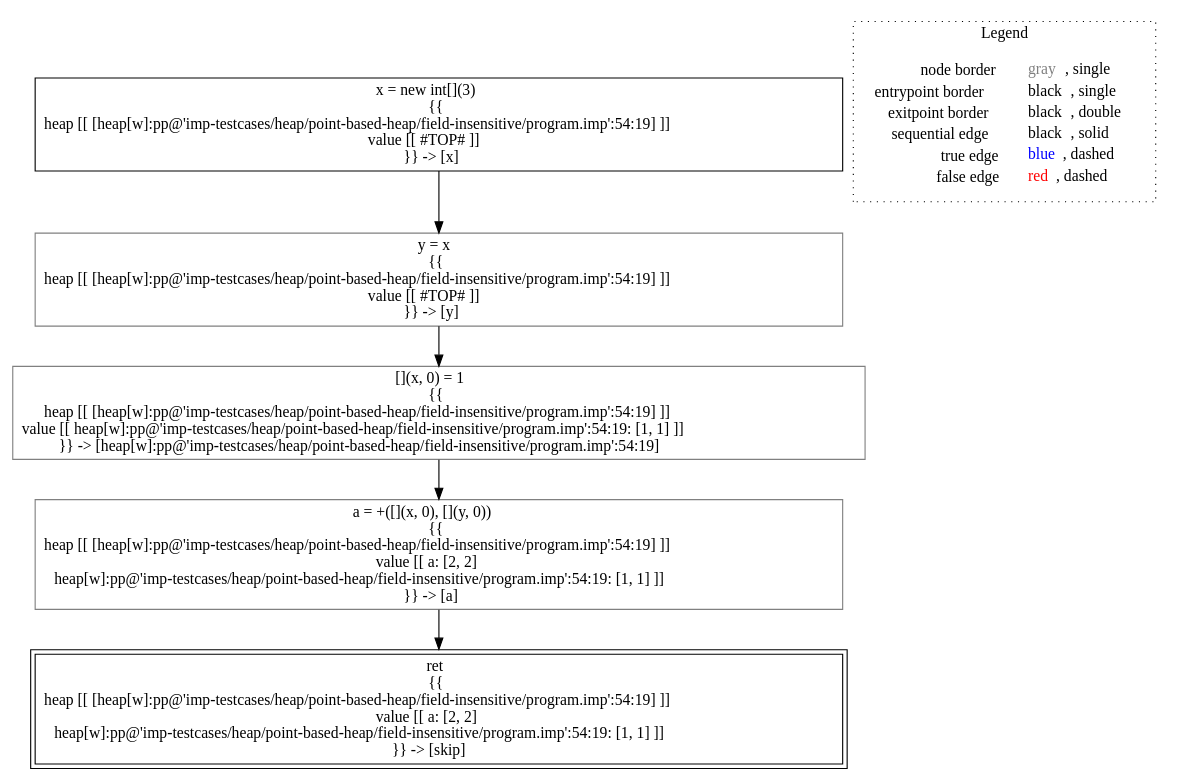
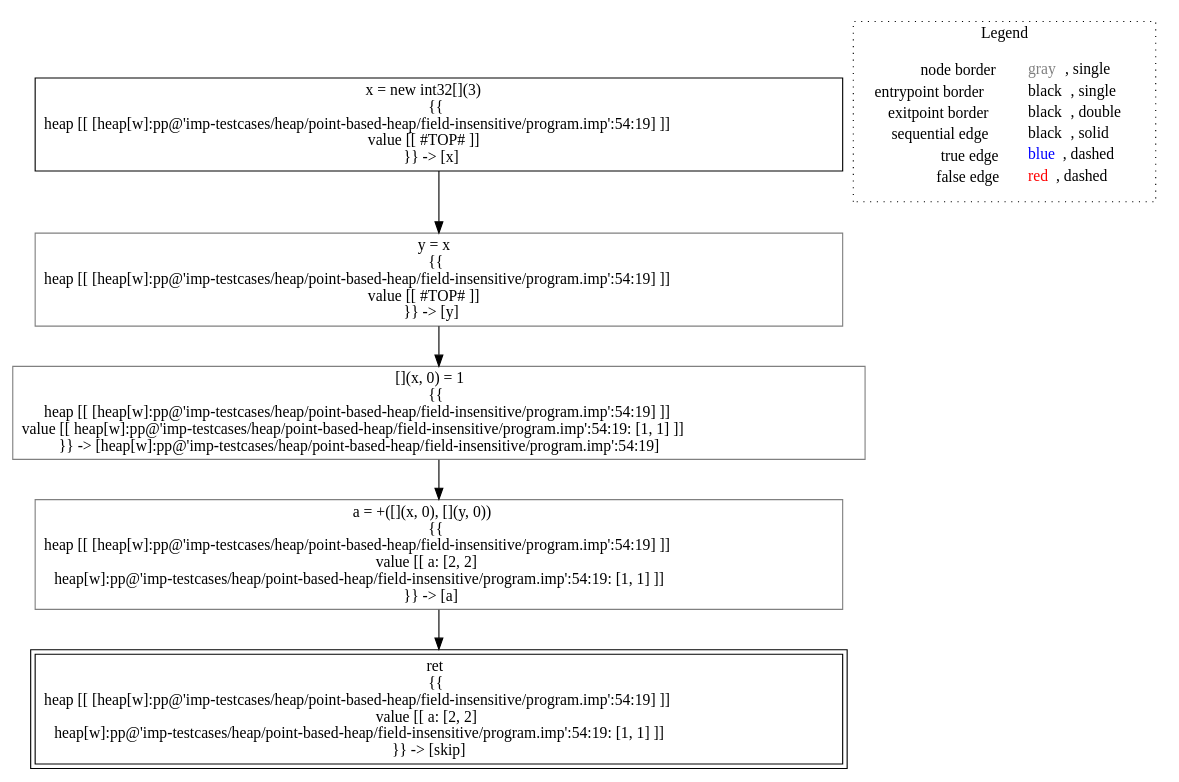
The diagram in lisa/lisa-core/imp-testcases/heap/point-based-heap/field-insensitive/analysis___untyped_A.f6(A_this).dot (lisa-analyzer/lisa), drawn with Graphviz before and after one commit. The commit also changed 17 other files, not shown here.

```diff
--- a/lisa/lisa-core/imp-testcases/heap/point-based-heap/field-insensitive/analysis___untyped_A.f6(A_this).dot
+++ b/lisa/lisa-core/imp-testcases/heap/point-based-heap/field-insensitive/analysis___untyped_A.f6(A_this).dot
@@ -1,18 +1,18 @@
 digraph {
-	"node0" [shape="rect",color="black",label=<x = new int[](3)<BR/>{{<BR/>heap [[ [heap[w]:pp@'imp-testcases/heap/point-based-heap/field-insensitive/program.imp':54:19] ]]<BR/>value [[ #TOP# ]]<BR/>}} -&gt; [x]>];
+	"node0" [shape="rect",color="black",label=<x = new int32[](3)<BR/>{{<BR/>heap [[ [heap[w]:pp@'imp-testcases/heap/point-based-heap/field-insensitive/program.imp':54:19] ]]<BR/>value [[ #TOP# ]]<BR/>}} -&gt; [x]>];
 	"node1" [shape="rect",color="gray",label=<a = +([](x, 0), [](y, 0))<BR/>{{<BR/>heap [[ [heap[w]:pp@'imp-testcases/heap/point-based-heap/field-insensitive/program.imp':54:19] ]]<BR/>value [[ a: [2, 2]<BR/>heap[w]:pp@'imp-testcases/heap/point-based-heap/field-insensitive/program.imp':54:19: [1, 1] ]]<BR/>}} -&gt; [a]>];
 	"node2" [shape="rect",color="gray",label=<[](x, 0) = 1<BR/>{{<BR/>heap [[ [heap[w]:pp@'imp-testcases/heap/point-based-heap/field-insensitive/program.imp':54:19] ]]<BR/>value [[ heap[w]:pp@'imp-testcases/heap/point-based-heap/field-insensitive/program.imp':54:19: [1, 1] ]]<BR/>}} -&gt; [heap[w]:pp@'imp-testcases/heap/point-based-heap/field-insensitive/program.imp':54:19]>];
 	"node3" [shape="rect",color="black",peripheries="2",label=<ret<BR/>{{<BR/>heap [[ [heap[w]:pp@'imp-testcases/heap/point-based-heap/field-insensitive/program.imp':54:19] ]]<BR/>value [[ a: [2, 2]<BR/>heap[w]:pp@'imp-testcases/heap/point-based-heap/field-insensitive/program.imp':54:19: [1, 1] ]]<BR/>}} -&gt; [skip]>];
 	"node4" [shape="rect",color="gray",label=<y = x<BR/>{{<BR/>heap [[ [heap[w]:pp@'imp-testcases/heap/point-based-heap/field-insensitive/program.imp':54:19] ]]<BR/>value [[ #TOP# ]]<BR/>}} -&gt; [y]>];
 	"node1" -> "node3" [color="black"];
 	"node2" -> "node1" [color="black"];
 	"node0" -> "node4" [color="black"];
 	"node4" -> "node2" [color="black"];
 subgraph cluster_legend {
 	label="Legend";
 	style=dotted;
 	node [shape=plaintext];
 	"legend" [label=<<table border="0" cellpadding="2" cellspacing="0" cellborder="0"><tr><td align="right">node border&nbsp;</td><td align="left"><font color="gray">gray</font>, single</td></tr><tr><td align="right">entrypoint border&nbsp;</td><td align="left"><font color="black">black</font>, single</td></tr><tr><td align="right">exitpoint border&nbsp;</td><td align="left"><font color="black">black</font>, double</td></tr><tr><td align="right">sequential edge&nbsp;</td><td align="left"><font color="black">black</font>, solid</td></tr><tr><td align="right">true edge&nbsp;</td><td align="left"><font color="blue">blue</font>, dashed</td></tr><tr><td align="right">false edge&nbsp;</td><td align="left"><font color="red">red</font>, dashed</td></tr></table>>];
 }
 
 }
```
